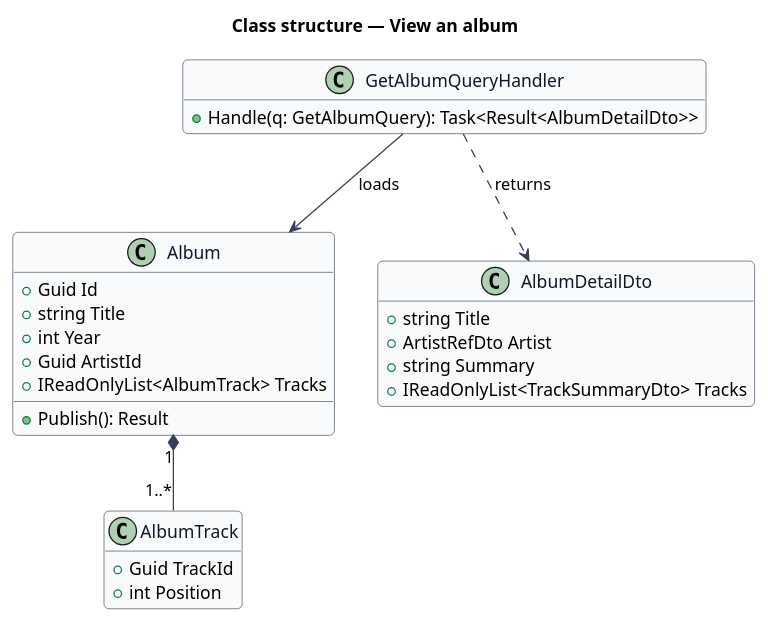
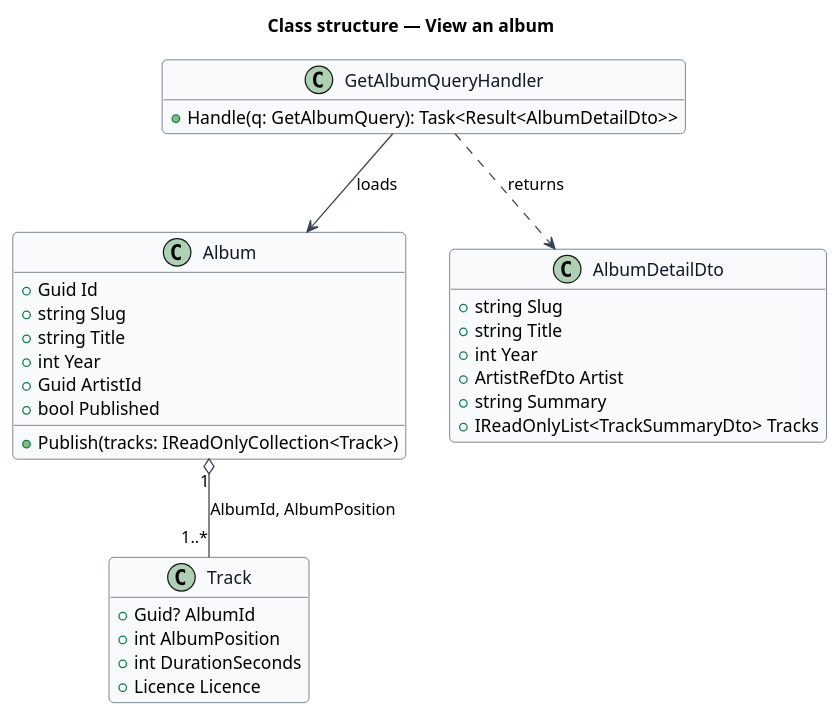
One commit to QuinntyneBrown/hummi changed the diagram in docs/detailed-designs/catalogue/view-album/diagrams/class-structure.puml. Above: the diagram before and after it, drawn with PlantUML. The commit also changed 119 other files, not shown here.

First line of the commit message:
Explore catalogue pages: track, artist, album, licence and Not found

```diff
--- a/docs/detailed-designs/catalogue/view-album/diagrams/class-structure.puml
+++ b/docs/detailed-designs/catalogue/view-album/diagrams/class-structure.puml
@@ -1,39 +1,44 @@
 @startuml
 skinparam backgroundColor #FFFFFF
 skinparam shadowing false
 skinparam roundcorner 8
 skinparam defaultFontName Arial
 skinparam ArrowColor #344054
 skinparam class {
   BorderColor #344054
   FontColor #101828
   BackgroundColor #F9FAFB
 }
 hide empty members
 title Class structure — View an album
 
 class Album {
   +Guid Id
+  +string Slug
   +string Title
   +int Year
   +Guid ArtistId
-  +IReadOnlyList<AlbumTrack> Tracks
-  +Publish(): Result
+  +bool Published
+  +Publish(tracks: IReadOnlyCollection<Track>)
 }
-class AlbumTrack {
-  +Guid TrackId
-  +int Position
+class Track {
+  +Guid? AlbumId
+  +int AlbumPosition
+  +int DurationSeconds
+  +Licence Licence
 }
 class AlbumDetailDto {
+  +string Slug
   +string Title
+  +int Year
   +ArtistRefDto Artist
   +string Summary
   +IReadOnlyList<TrackSummaryDto> Tracks
 }
 class GetAlbumQueryHandler {
   +Handle(q: GetAlbumQuery): Task<Result<AlbumDetailDto>>
 }
-Album "1" *-- "1..*" AlbumTrack
+Album "1" o-- "1..*" Track : AlbumId, AlbumPosition
 GetAlbumQueryHandler --> Album : loads
 GetAlbumQueryHandler ..> AlbumDetailDto : returns
 @enduml
```
